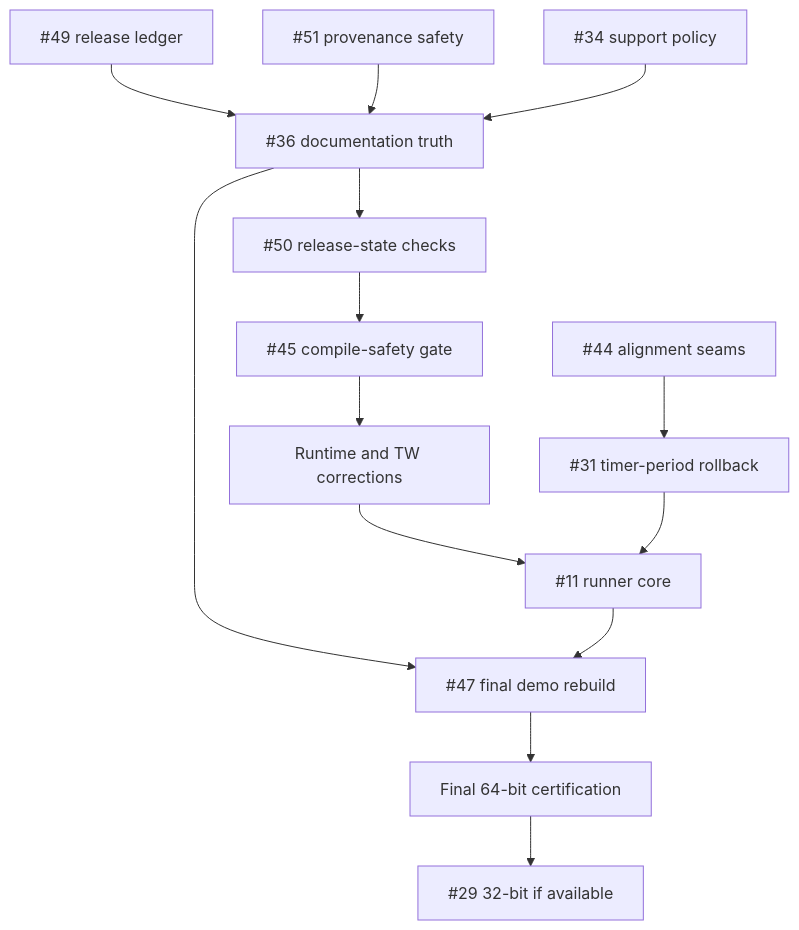
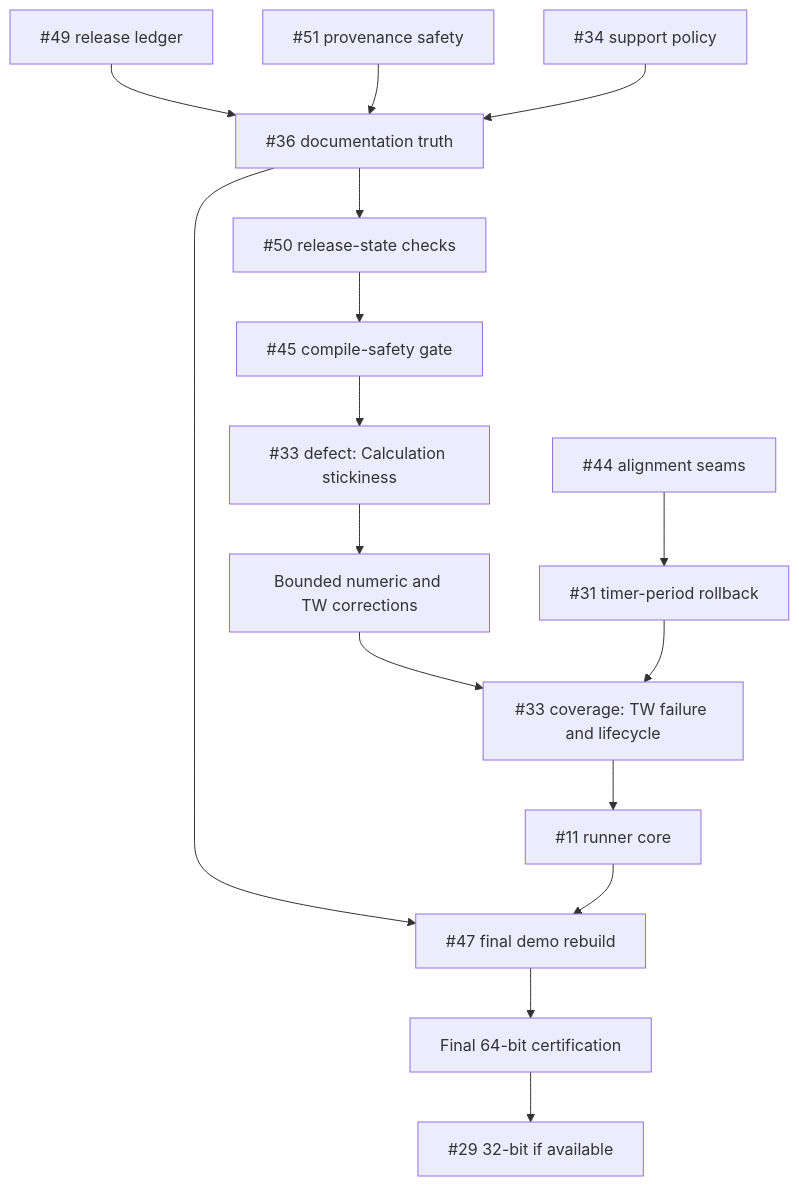
One commit to danielep71/VBA-PERFORMANCE_MANAGER changed the diagram in docs/V1.4.1_IMPLEMENTATION_PLAN.md. Above: the diagram before and after it, drawn with Mermaid. The commit also changed other lines of this file, not shown here.

First line of the commit message:
docs(plan): revise to Revision 6 and re-sequence #33

````diff
--- a/docs/V1.4.1_IMPLEMENTATION_PLAN.md
+++ b/docs/V1.4.1_IMPLEMENTATION_PLAN.md
@@ -134,16 +276,18 @@
 ```mermaid
 flowchart TD
     A["#49 release ledger"] --> C["#36 documentation truth"]
     B["#51 provenance safety"] --> C
     J["#34 support policy"] --> C
     C --> D["#50 release-state checks"]
     D --> E["#45 compile-safety gate"]
-    E --> F["Runtime and TW corrections"]
+    E --> N["#33 defect: Calculation stickiness"]
+    N --> F["Bounded numeric and TW corrections"]
     G["#44 alignment seams"] --> H["#31 timer-period rollback"]
-    F --> I["#11 runner core"]
-    H --> I
+    F --> P["#33 coverage: TW failure and lifecycle"]
+    H --> P
+    P --> I["#11 runner core"]
     C --> K["#47 final demo rebuild"]
     I --> K
     K --> L["Final 64-bit certification"]
     L --> M["#29 32-bit if available"]
 ```
````
